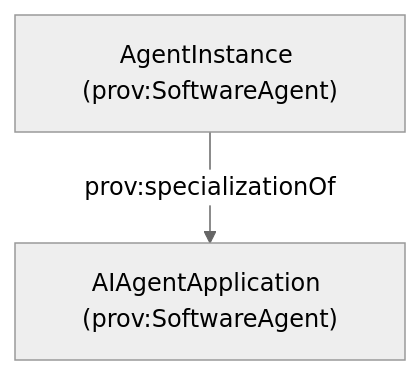
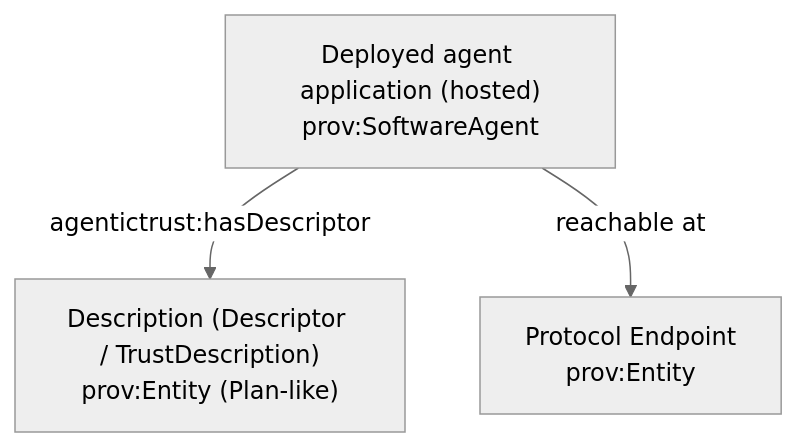
The second of 3 diagrams in docs/ontology/agent-application.md (Agentic-Trust-Layer/agent-explorer), drawn with Mermaid (neutral theme) before and after one commit. The commit also changed other lines of this file, not shown here.

````diff
--- a/docs/ontology/agent-application.md
+++ b/docs/ontology/agent-application.md
@@ -13,6 +60,9 @@
 ```mermaid
 graph TB
-  App["AIAgentApplication (prov:SoftwareAgent)"]
-  Inst["AgentInstance (prov:SoftwareAgent)"]
-  Inst -->|prov:specializationOf| App
+  Desc["Description (Descriptor / TrustDescription)\nprov:Entity (Plan-like)"]
+  Thing["Deployed agent application (hosted)\nprov:SoftwareAgent"]
+  Endpoint["Protocol Endpoint\nprov:Entity"]
+
+  Thing -->|agentictrust:hasDescriptor| Desc
+  Thing -->|reachable at| Endpoint
 ```
````
